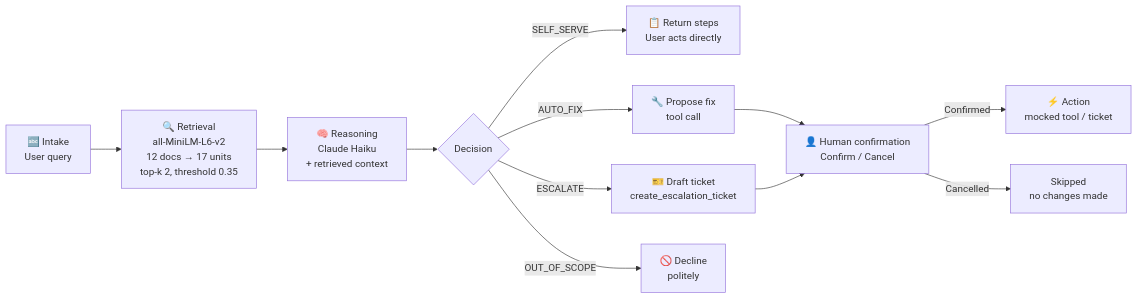
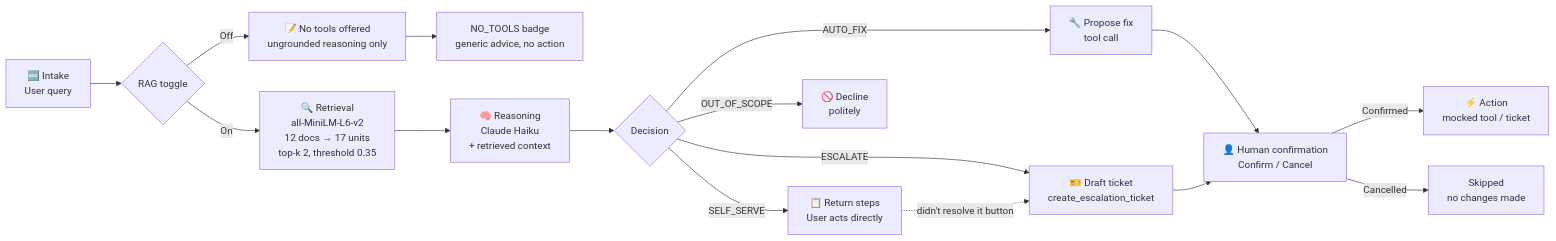
One commit to 495temych/L1-support-agent changed the diagram in README.md. Above: the diagram before and after it, drawn with Mermaid. The commit also changed other lines of this file and 2 other files, not shown here.

````diff
--- a/README.md
+++ b/README.md
@@ -48,14 +48,18 @@
 ```mermaid
 flowchart LR
-    A["🔤 Intake\nUser query"] --> B["🔍 Retrieval\nall-MiniLM-L6-v2\n12 docs → 17 units\ntop-k 2, threshold 0.35"]
+    A["🔤 Intake\nUser query"] --> Z{"RAG toggle"}
+    Z -- On --> B["🔍 Retrieval\nall-MiniLM-L6-v2\n12 docs → 17 units\ntop-k 2, threshold 0.35"]
+    Z -- Off --> N["📝 No tools offered\nungrounded reasoning only"]
+    N --> O["NO_TOOLS badge\ngeneric advice, no action"]
     B --> C["🧠 Reasoning\nClaude Haiku\n+ retrieved context"]
     C --> D{"Decision"}
     D -- SELF_SERVE --> E["📋 Return steps\nUser acts directly"]
     D -- AUTO_FIX --> F["🔧 Propose fix\ntool call"]
     D -- ESCALATE --> G["🎫 Draft ticket\ncreate_escalation_ticket"]
     D -- OUT_OF_SCOPE --> H["🚫 Decline\npolitely"]
+    E -. "didn't resolve it" button .-> G
     F --> I["👤 Human confirmation\nConfirm / Cancel"]
     G --> I
     I -- Confirmed --> J["⚡ Action\nmocked tool / ticket"]
     I -- Cancelled --> K["Skipped\nno changes made"]
 ```
````
